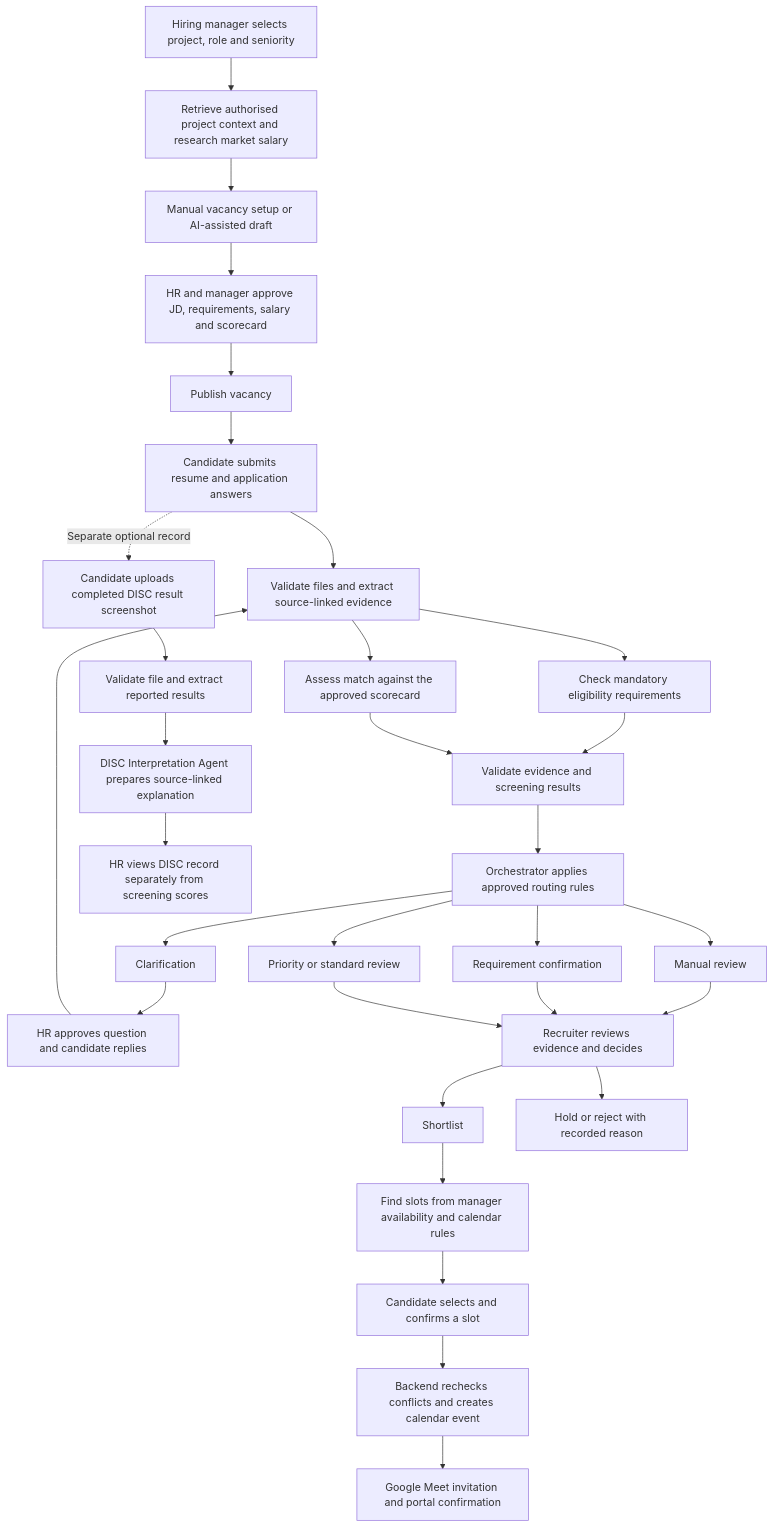
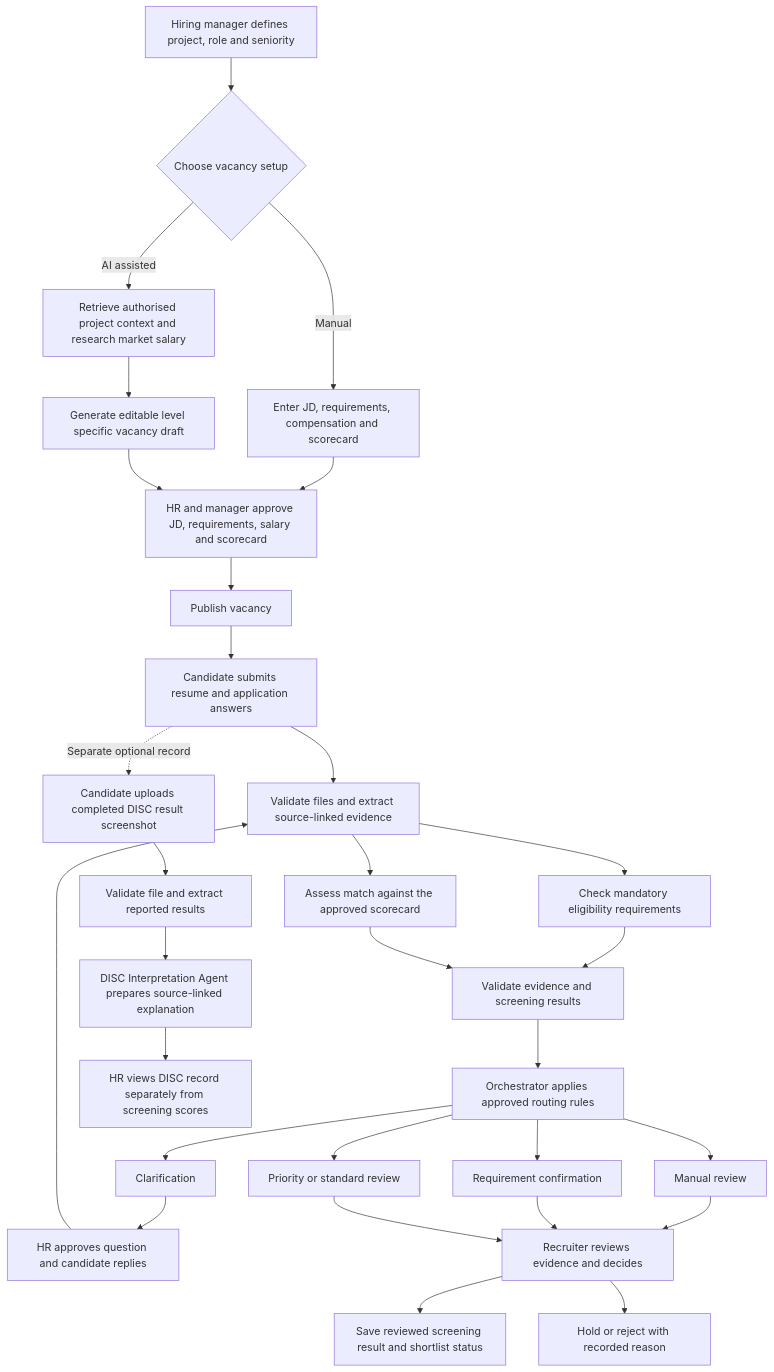
The diagram in README.md (jeffrey040209/WeHire), drawn with Mermaid before and after one commit. The commit also changed other lines of this file and 45 other files, not shown here.

````diff
--- a/README.md
+++ b/README.md
@@ -25,33 +26,32 @@
 ```mermaid
 flowchart TD
-    A[Hiring manager selects project, role and seniority] --> A1[Retrieve authorised project context and research market salary]
-    A1 --> B[Manual vacancy setup or AI-assisted draft]
-    B --> C[HR and manager approve JD, requirements, salary and scorecard]
+    A[Hiring manager defines project, role and seniority] --> B{Choose vacancy setup}
+    B -->|Manual| B0[Enter JD, requirements, compensation and scorecard]
+    B -->|AI assisted| A1[Retrieve authorised project context and research market salary]
+    A1 --> B1[Generate editable level specific vacancy draft]
+    B0 --> C[HR and manager approve JD, requirements, salary and scorecard]
+    B1 --> C
     C --> D[Publish vacancy]
     D --> E[Candidate submits resume and application answers]
     E --> F[Validate files and extract source-linked evidence]
     F --> G[Check mandatory eligibility requirements]
     F --> H[Assess match against the approved scorecard]
     G --> I[Validate evidence and screening results]
     H --> I
     I --> J[Orchestrator applies approved routing rules]
     J --> K[Manual review]
     J --> L[Clarification]
     J --> M[Requirement confirmation]
     J --> N[Priority or standard review]
     L --> O[HR approves question and candidate replies]
     O --> F
     K --> P[Recruiter reviews evidence and decides]
     M --> P
     N --> P
-    P --> Q[Shortlist]
+    P --> Q[Save reviewed screening result and shortlist status]
     P --> R[Hold or reject with recorded reason]
-    Q --> S[Find slots from manager availability and calendar rules]
-    S --> T[Candidate selects and confirms a slot]
-    T --> U[Backend rechecks conflicts and creates calendar event]
-    U --> V[Google Meet invitation and portal confirmation]
     E -. Separate optional record .-> W[Candidate uploads completed DISC result screenshot]
     W --> X[Validate file and extract reported results]
     X --> Y[DISC Interpretation Agent prepares source-linked explanation]
     Y --> Z[HR views DISC record separately from screening scores]
 ```
````
